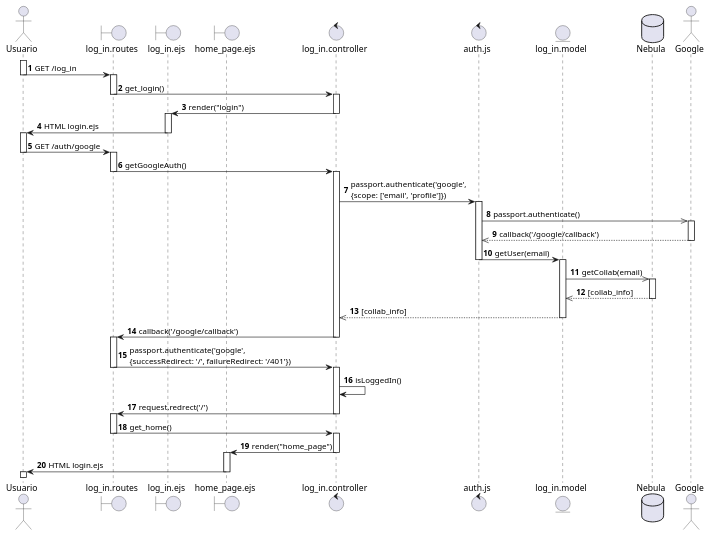
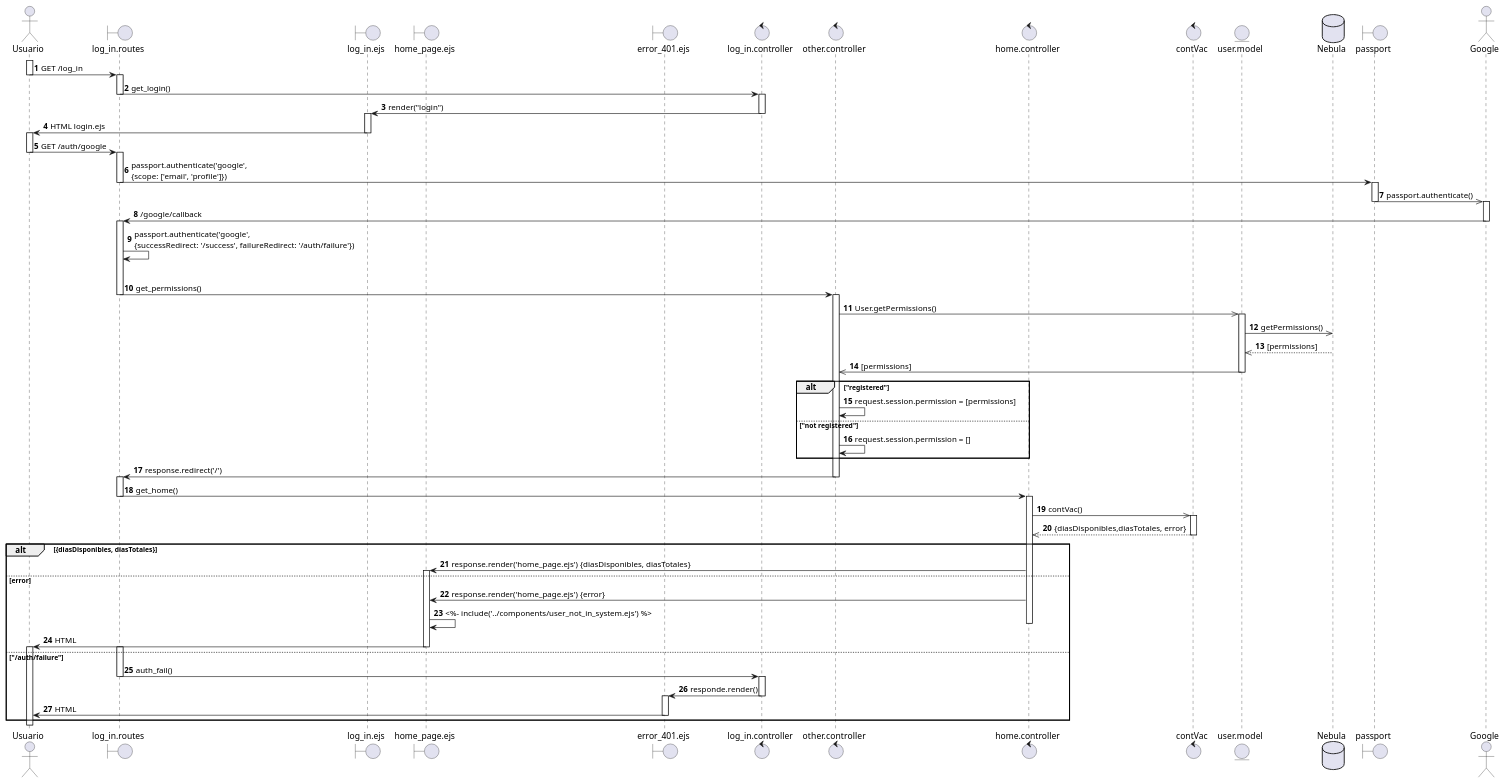
The diagram in diagramas_secuencia/user_auth_google.puml (SALV19/Nebula_tc2005b), drawn with PlantUML before and after one commit. The commit also changed 1 other file, not shown here.

Commit message:
[FIX] user auth update

```diff
--- a/diagramas_secuencia/user_auth_google.puml
+++ b/diagramas_secuencia/user_auth_google.puml
@@ -1,75 +1,95 @@
 @startuml Prueba
 autonumber
 actor Usuario as u
 boundary log_in.routes as lgr
 boundary log_in.ejs as lge
 boundary home_page.ejs as h
+boundary error_401.ejs as 401
 control log_in.controller as lgc
-control auth.js as auth
-entity log_in.model as lgm
+control other.controller as oc
+control home.controller as hc
+control contVac as cV
+entity user.model as um
 database Nebula as db
+boundary passport
 actor Google
 
 activate u
 u -> lgr : GET /log_in
 deactivate u
 
 activate lgr
 lgr -> lgc : get_login()
 deactivate lgr
 activate lgc
 lgc -> lge : render("login")
 deactivate lgc
 activate lge
 lge -> u : HTML login.ejs
 deactivate lge 
 
 activate u
 u -> lgr : GET /auth/google 
 deactivate u
 
 activate lgr
-lgr -> lgc : getGoogleAuth()
+lgr -> passport : passport.authenticate('google', \n{scope: ['email', 'profile']})
 deactivate lgr
-activate lgc
-lgc -> auth : passport.authenticate('google', \n{scope: ['email', 'profile']})
-activate auth
-auth ->> Google : passport.authenticate()
+activate passport
+passport ->> Google : passport.authenticate()
+deactivate passport
 activate Google
-Google -->> auth : callback('/google/callback')
+Google -> lgr : /google/callback
 deactivate Google
-auth -> lgm : getUser(email)
-deactivate auth
-activate lgm
-lgm ->> db : getCollab(email)
-activate db
-db -->> lgm : [collab_info]
-deactivate db
-lgm -->> lgc: [collab_info]
-deactivate lgm
-lgc -> lgr : callback('/google/callback')
-deactivate lgc
-
 activate lgr
-lgr -> lgc : passport.authenticate('google', \n{successRedirect: '/', failureRedirect: '/401'})
-deactivate lgr
-activate lgc
-lgc -> lgc : isLoggedIn()
-lgc -> lgr : request.redrect('/')
-deactivate lgc
-activate lgr
-lgr -> lgc : get_home()
-deactivate lgr
-activate lgc
-lgc -> h : render("home_page")
-deactivate lgc
-activate h
-h -> u : HTML login.ejs
-deactivate h 
-
-
-
-
-activate u
+lgr -> lgr : passport.authenticate('google', \n{successRedirect: '/success', failureRedirect: '/auth/failure'})
+alt "/success"
+  lgr -> oc : get_permissions()
+  deactivate lgr
+  activate oc
+  oc ->> um : User.getPermissions()
+  activate um
+  um ->> db : getPermissions()
+  db -->> um : [permissions]
+  deactivate db
+  um ->> oc : [permissions]
+  deactivate um
+  alt "registered"
+    oc -> oc : request.session.permission = [permissions]
+  else "not registered"
+    oc -> oc : request.session.permission = []
+  end
+  oc -> lgr : response.redirect('/')
+  deactivate oc
+  activate lgr 
+  lgr -> hc : get_home()
+  deactivate lgr
+  activate hc
+  hc ->> cV : contVac()
+  activate cV
+  cV -->> hc : {diasDisponibles,diasTotales, error}
+  deactivate cV
+  alt {diasDisponibles, diasTotales}
+    hc -> h : response.render('home_page.ejs') {diasDisponibles, diasTotales}
+    activate h
+  else error
+    hc -> h : response.render('home_page.ejs') {error}
+    h -> h : <%- include('../components/user_not_in_system.ejs') %>
+  deactivate hc
+  
+  h -> u : HTML
+  deactivate h
+  activate u
+else "/auth/failure"
+  activate lgr
+  lgr -> lgc : auth_fail()
+  deactivate lgr
+  activate lgc
+  lgc -> 401 : responde.render()
+  deactivate lgc
+  activate 401
+  401 -> u : HTML
+  deactivate 401
+end
 
 @enduml
```
